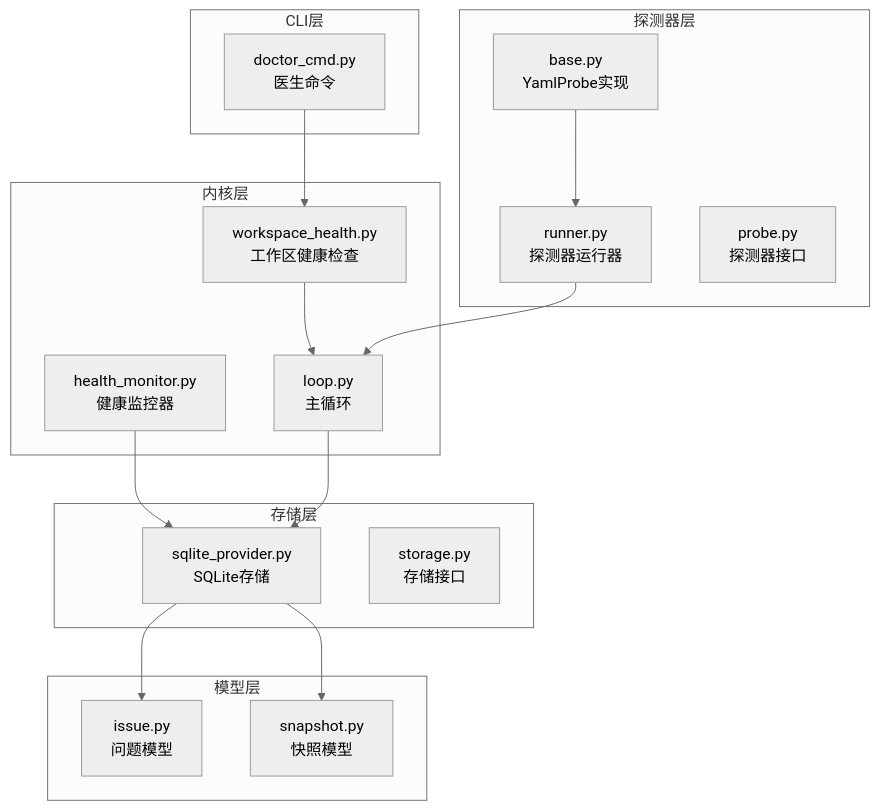
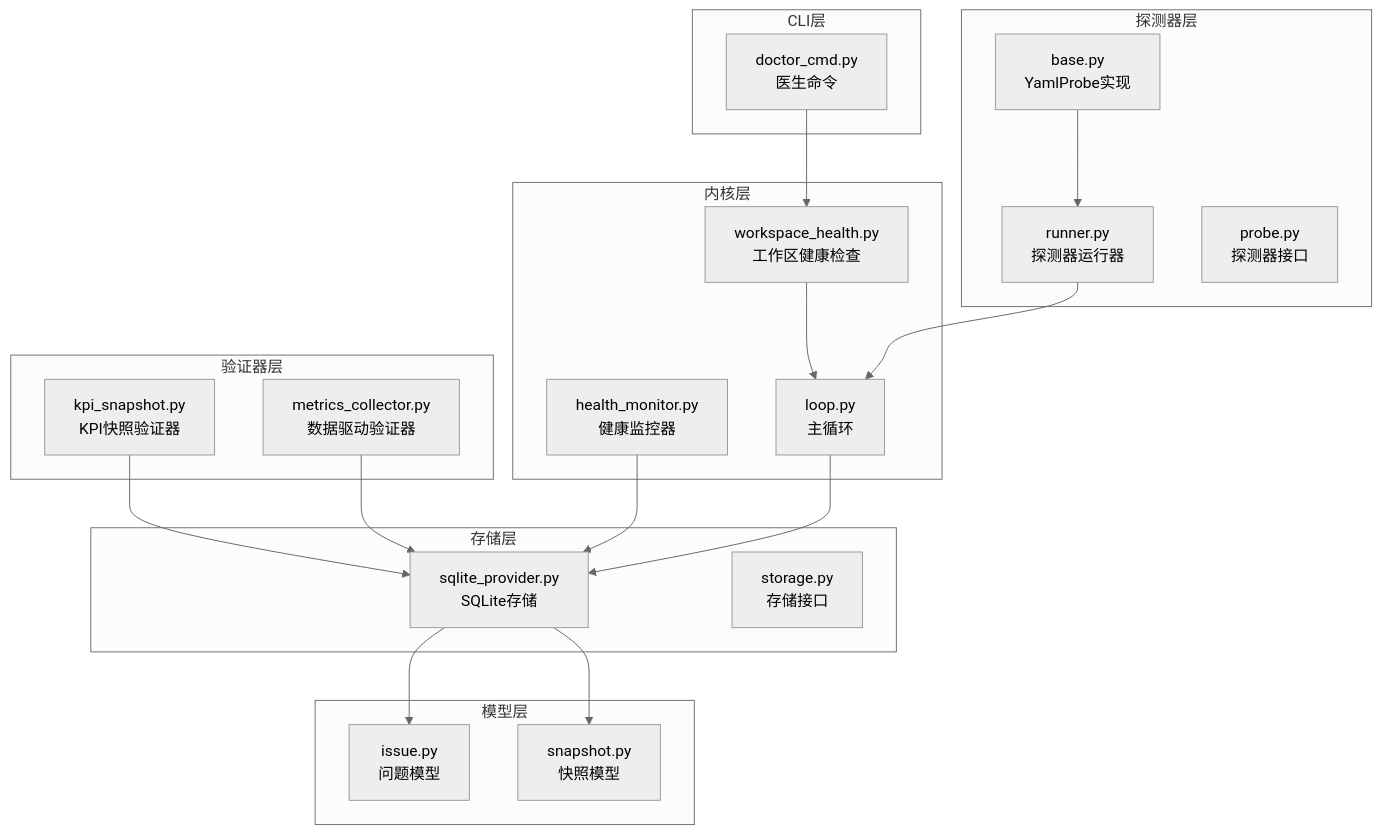
The first of 9 diagrams in .qoder/repowiki/zh/content/技术实现参考/工作区健康检查系统.md (pinsonchen/vivify), drawn with Mermaid (neutral theme) before and after one commit. The commit also changed other lines of this file and 22 other files, not shown here.

````diff
--- a/.qoder/repowiki/zh/content/技术实现参考/工作区健康检查系统.md
+++ b/.qoder/repowiki/zh/content/技术实现参考/工作区健康检查系统.md
@@ -44,32 +54,38 @@
 ```mermaid
 graph TB
 subgraph "内核层"
 WH[workspace_health.py<br/>工作区健康检查]
 HM[health_monitor.py<br/>健康监控器]
 LOOP[loop.py<br/>主循环]
+end
+subgraph "验证器层"
+KSV[kpi_snapshot.py<br/>KPI快照验证器]
+MDC[metrics_collector.py<br/>数据驱动验证器]
 end
 subgraph "探测器层"
 PB[base.py<br/>YamlProbe实现]
 RUN[runner.py<br/>探测器运行器]
 IF[probe.py<br/>探测器接口]
 end
 subgraph "存储层"
 SP[sqlite_provider.py<br/>SQLite存储]
 SI[storage.py<br/>存储接口]
 end
 subgraph "模型层"
 ISS[issue.py<br/>问题模型]
 SNAP[snapshot.py<br/>快照模型]
 end
 subgraph "CLI层"
 DOC[doctor_cmd.py<br/>医生命令]
 end
 WH --> LOOP
 HM --> SP
+KSV --> SP
+MDC --> SP
 PB --> RUN
 RUN --> LOOP
 LOOP --> SP
 SP --> ISS
 SP --> SNAP
 DOC --> WH
 ```
````
